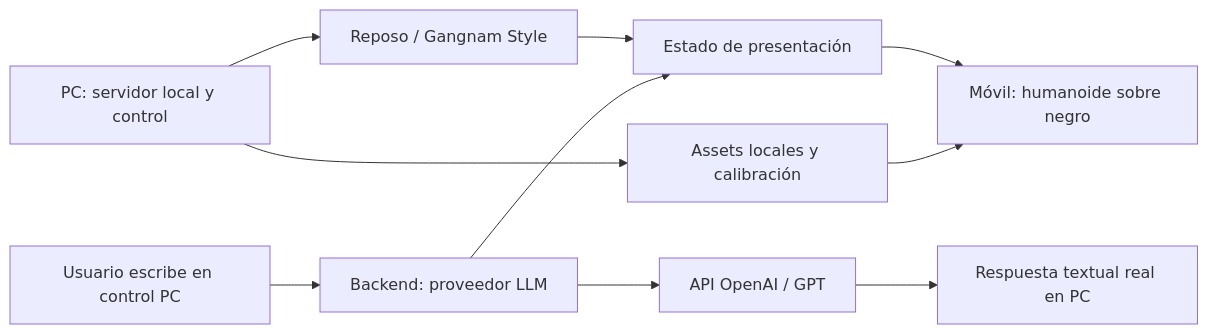
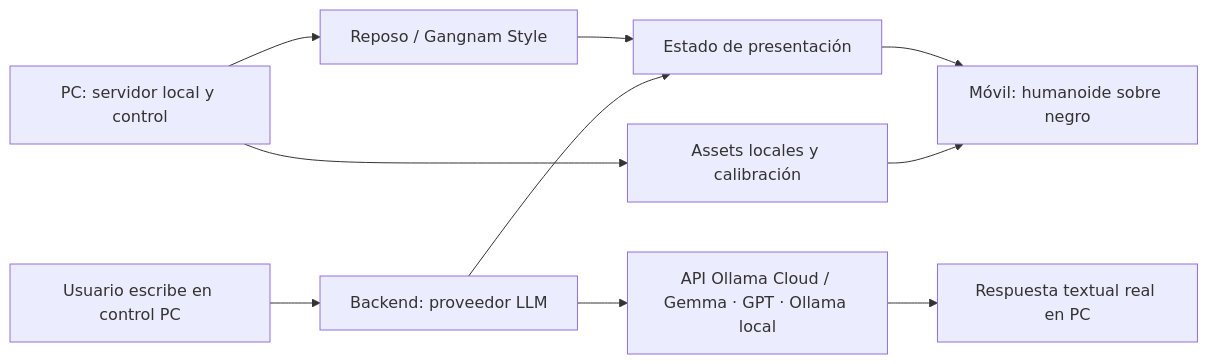
Before and after one commit to ZapataFrame/halo-cortana: the diagram in Cortana.md, drawn with Mermaid. The commit also changed other lines of this file and 16 other files, not shown here.

Commit message:
feat: añadir Gemma 4 mediante Ollama Cloud

````diff
--- a/Cortana.md
+++ b/Cortana.md
@@ -15,12 +15,12 @@
 ```mermaid
 flowchart LR
     PC["PC: servidor local y control"] --> A["Assets locales y calibración"]
     A --> V["Móvil: humanoide sobre negro"]
     U["Usuario escribe en control PC"] --> B["Backend: proveedor LLM"]
-    B --> L["API OpenAI / GPT"]
+    B --> L["API Ollama Cloud / Gemma · GPT · Ollama local"]
     L --> R["Respuesta textual real en PC"]
     B --> E["Estado de presentación"]
     E --> V
     PC --> M["Reposo / Gangnam Style"]
     M --> E
 ```
````
